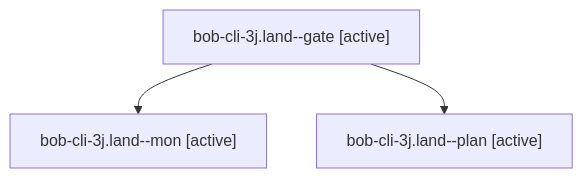
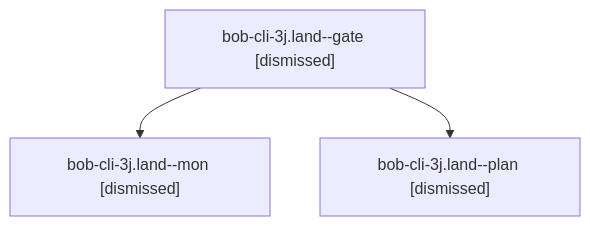
Before and after one commit to bobs-org/bob-cli--agents: the diagram in sessions/bbugyi200.apollo.bob-cli-3j.land.md, drawn with Mermaid. The commit also changed other lines of this file and 31 other files, not shown here.

````diff
--- a/sessions/bbugyi200.apollo.bob-cli-3j.land.md
+++ b/sessions/bbugyi200.apollo.bob-cli-3j.land.md
@@ -9,8 +9,8 @@
 ```mermaid
 flowchart TD
-  n0["bob-cli-3j.land--gate [active]"]
-  n1["bob-cli-3j.land--mon [active]"]
+  n0["bob-cli-3j.land--gate [dismissed]"]
+  n1["bob-cli-3j.land--mon [dismissed]"]
   n0 --> n1
-  n2["bob-cli-3j.land--plan [active]"]
+  n2["bob-cli-3j.land--plan [dismissed]"]
   n0 --> n2
 ```
````
